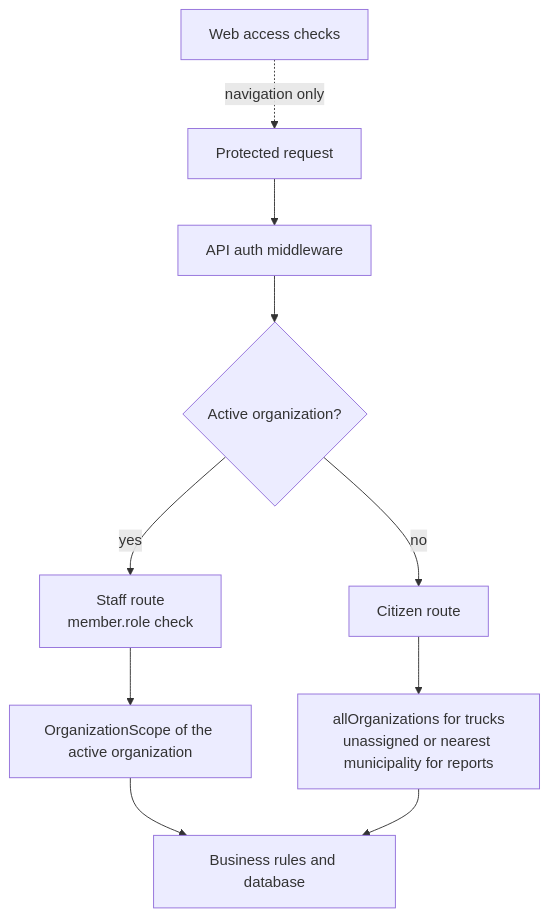
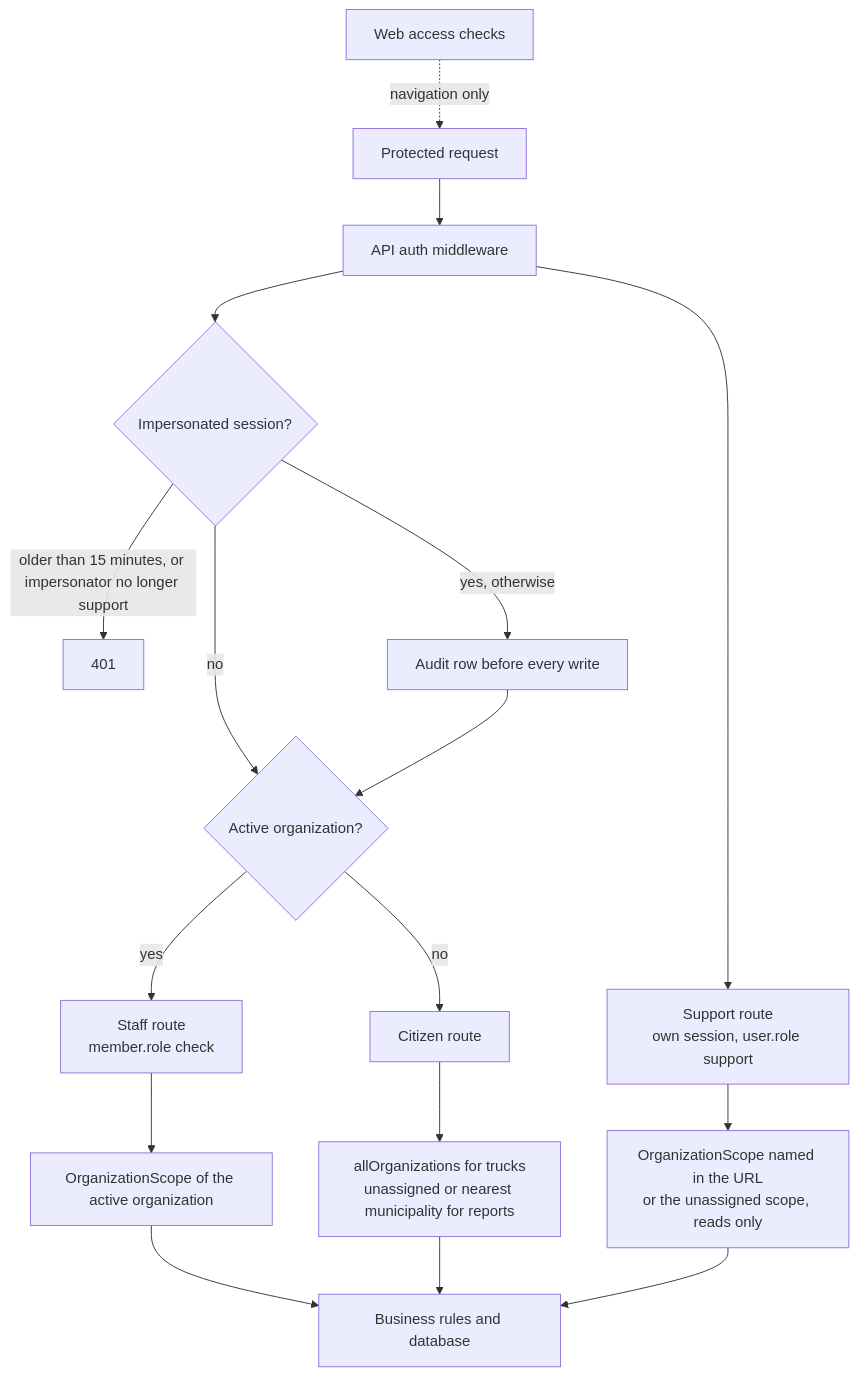
Before and after one commit to empiricalhq/lima-limpia: the second of 2 diagrams in ARCHITECTURE.md, drawn with Mermaid. The commit also changed other lines of this file and 2 other files, not shown here.

Commit message:
auth: document the support role and impersonation

````diff
--- a/ARCHITECTURE.md
+++ b/ARCHITECTURE.md
@@ -261,12 +267,19 @@
 ```mermaid
 flowchart TD
     request[Protected request] --> apiAuth[API auth middleware]
-    apiAuth --> organization{Active organization?}
+    apiAuth --> impersonated{Impersonated session?}
+    impersonated -->|"older than 15 minutes, or impersonator no longer support"| refused[401]
+    impersonated -->|"yes, otherwise"| audit[Audit row before every write]
+    impersonated -->|no| organization
+    audit --> organization{Active organization?}
     organization -->|yes| staff[Staff route<br/>member.role check]
     organization -->|no| citizen[Citizen route]
     staff --> scope[OrganizationScope of the active organization]
     citizen --> global[allOrganizations for trucks<br/>unassigned or nearest municipality for reports]
+    apiAuth --> supportRoute[Support route<br/>own session, user.role support]
+    supportRoute --> supportScope[OrganizationScope named in the URL<br/>or the unassigned scope, reads only]
     scope --> rules[Business rules and database]
     global --> rules
+    supportScope --> rules
     webCheck[Web access checks] -. navigation only .-> request
 ```
````
